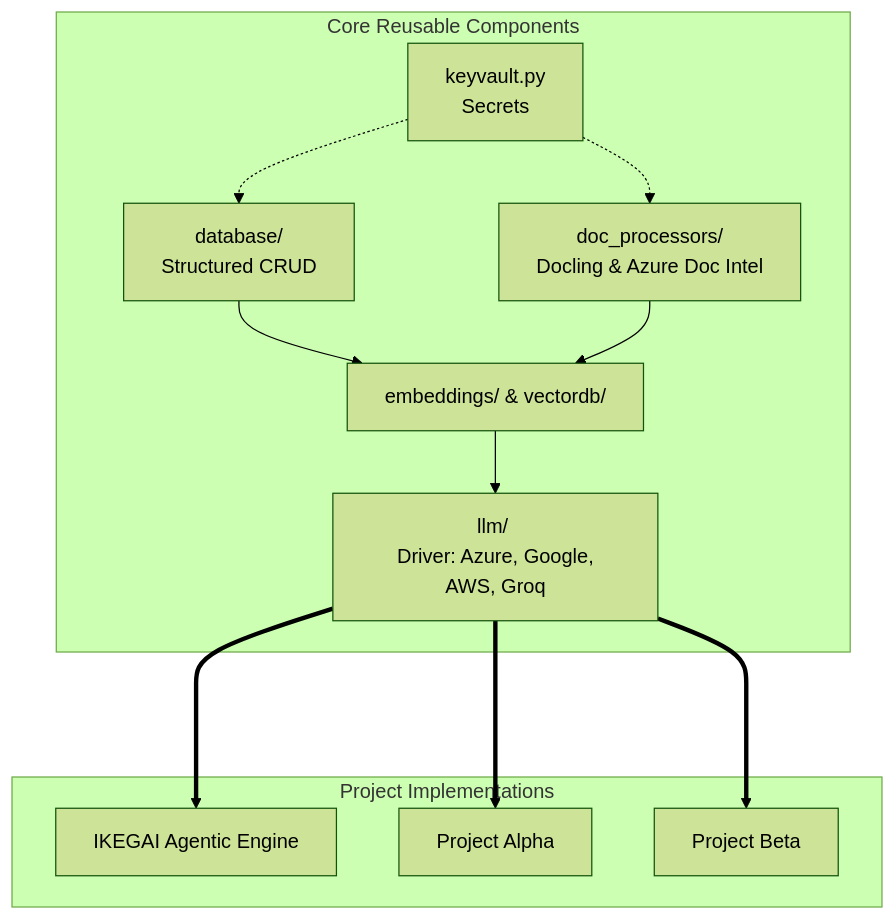
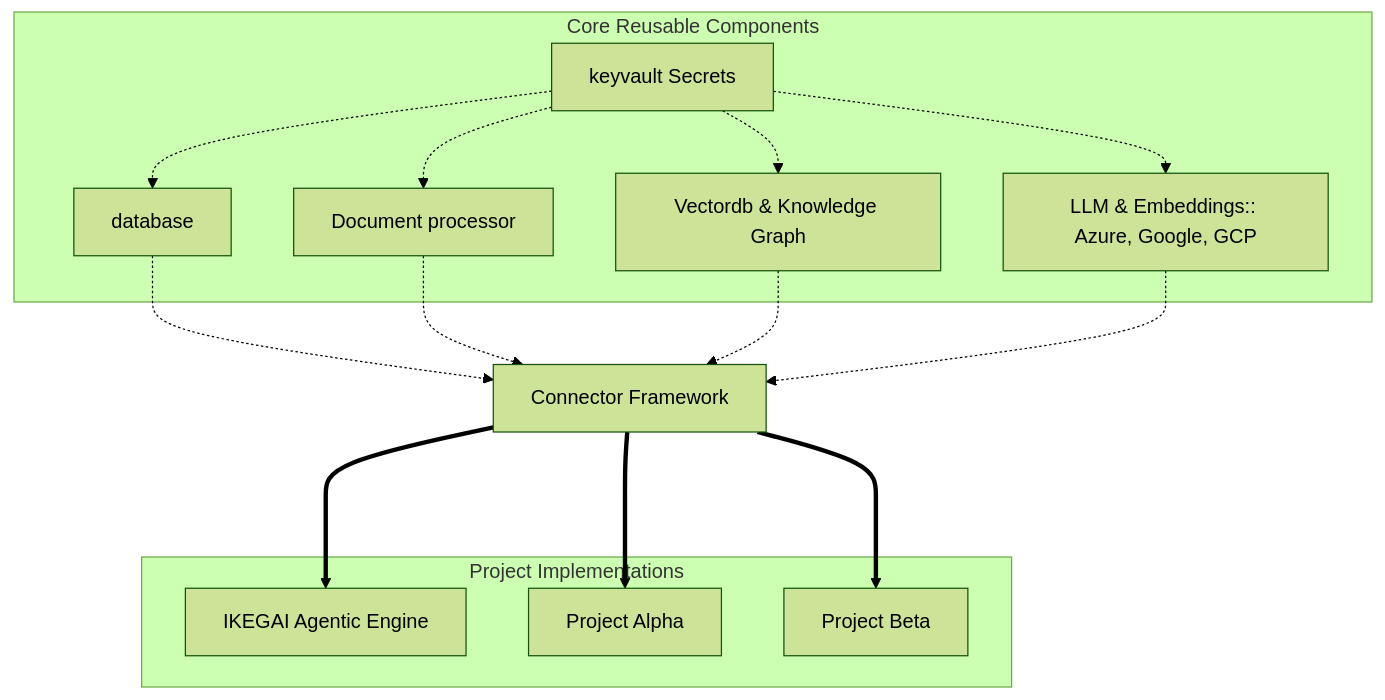
Before and after one commit to neelindresh/ikegai-docs: the diagram in docs/01-ai-ingestion-workflow/01-connector-framework.md, drawn with Mermaid (forest theme). The commit also changed 1 other file, not shown here.

Commit message:
connectors

````diff
--- a/docs/01-ai-ingestion-workflow/01-connector-framework.md
+++ b/docs/01-ai-ingestion-workflow/01-connector-framework.md
@@ -91,29 +91,38 @@
 ```mermaid
 graph TD
     subgraph Core Reusable Components
-        K[keyvault.py <br> Secrets]
+        K[keyvault Secrets]
         
-        C1[database/ <br> Structured CRUD]
-        C2[doc_processors/ <br> Docling & Azure Doc Intel]
+        C1[database]
+        C2[Document processor]
         
-        E[embeddings/ & vectordb/]
-        L[llm/ <br> Driver: Azure, Google, AWS, Groq]
+        E[Vectordb & Knowledge Graph]
+        L[LLM & Embeddings:: Azure, Google, GCP]
     end
 
     subgraph Project Implementations
         P1[IKEGAI Agentic Engine]
         P2[Project Alpha]
         P3[Project Beta]
     end
 
+    CF[Connector Framework]
+
     K -.-> C1
     K -.-> C2
-    C1 --> E
-    C2 --> E
-    E --> L
+    K -.-> E
+    K -.-> L
+
+    C1 -.-> CF
+    C2 -.-> CF
+    E -.-> CF
+    L -.-> CF
+    
+    
+    
     
     %% Reusability routes
-    L ===> P1
-    L ===> P2
-    L ===> P3
+    CF ===> P1
+    CF ===> P2
+    CF ===> P3
 ```
````
